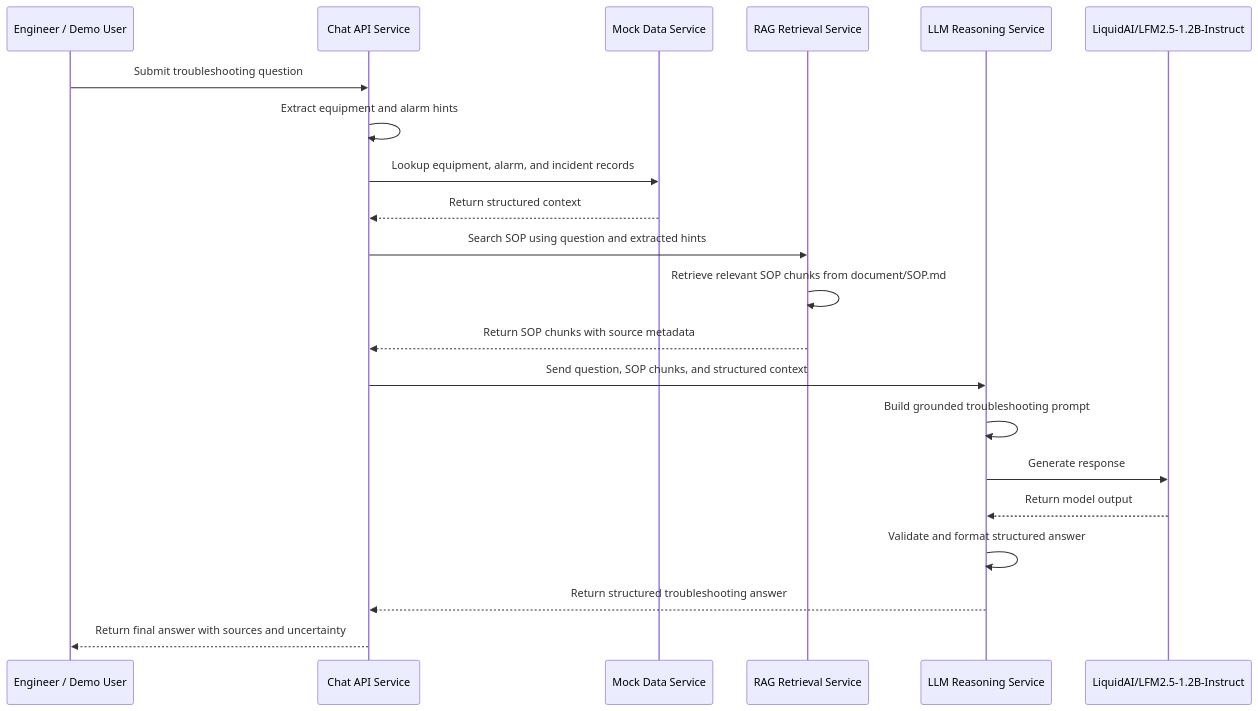
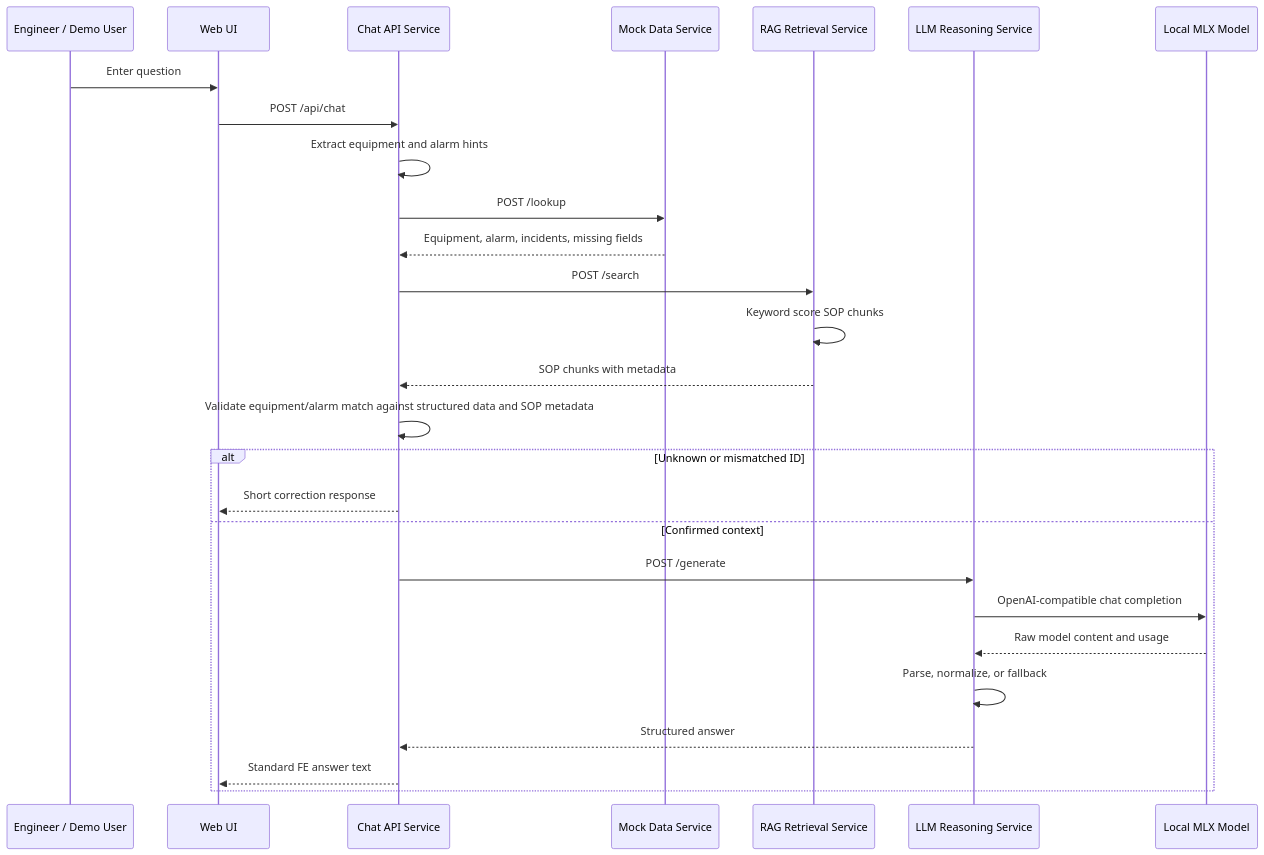
One commit to minjing1231/internal-engineer-assistant-chatbot changed the second of 2 diagrams in document/TECHNICAL_DESIGN.md. Above: the diagram before and after it, drawn with Mermaid. The commit also changed other lines of this file and 2 other files, not shown here.

````diff
--- a/document/TECHNICAL_DESIGN.md
+++ b/document/TECHNICAL_DESIGN.md
@@ -48,24 +79,30 @@
 ```mermaid
 sequenceDiagram
     participant User as Engineer / Demo User
+    participant FE as Web UI
     participant API as Chat API Service
     participant Data as Mock Data Service
     participant RAG as RAG Retrieval Service
     participant LLM as LLM Reasoning Service
-    participant Model as LiquidAI/LFM2.5-1.2B-Instruct
+    participant Model as Local MLX Model
 
-    User->>API: Submit troubleshooting question
+    User->>FE: Enter question
+    FE->>API: POST /api/chat
     API->>API: Extract equipment and alarm hints
-    API->>Data: Lookup equipment, alarm, and incident records
-    Data-->>API: Return structured context
-    API->>RAG: Search SOP using question and extracted hints
-    RAG->>RAG: Retrieve relevant SOP chunks from document/SOP.md
-    RAG-->>API: Return SOP chunks with source metadata
-    API->>LLM: Send question, SOP chunks, and structured context
-    LLM->>LLM: Build grounded troubleshooting prompt
-    LLM->>Model: Generate response
-    Model-->>LLM: Return model output
-    LLM->>LLM: Validate and format structured answer
-    LLM-->>API: Return structured troubleshooting answer
-    API-->>User: Return final answer with sources and uncertainty
+    API->>Data: POST /lookup
+    Data-->>API: Equipment, alarm, incidents, missing fields
+    API->>RAG: POST /search
+    RAG->>RAG: Keyword score SOP chunks
+    RAG-->>API: SOP chunks with metadata
+    API->>API: Validate equipment/alarm match against structured data and SOP metadata
+    alt Unknown or mismatched ID
+        API-->>FE: Short correction response
+    else Confirmed context
+        API->>LLM: POST /generate
+        LLM->>Model: OpenAI-compatible chat completion
+        Model-->>LLM: Raw model content and usage
+        LLM->>LLM: Parse, normalize, or fallback
+        LLM-->>API: Structured answer
+        API-->>FE: Standard FE answer text
+    end
 ```
````
